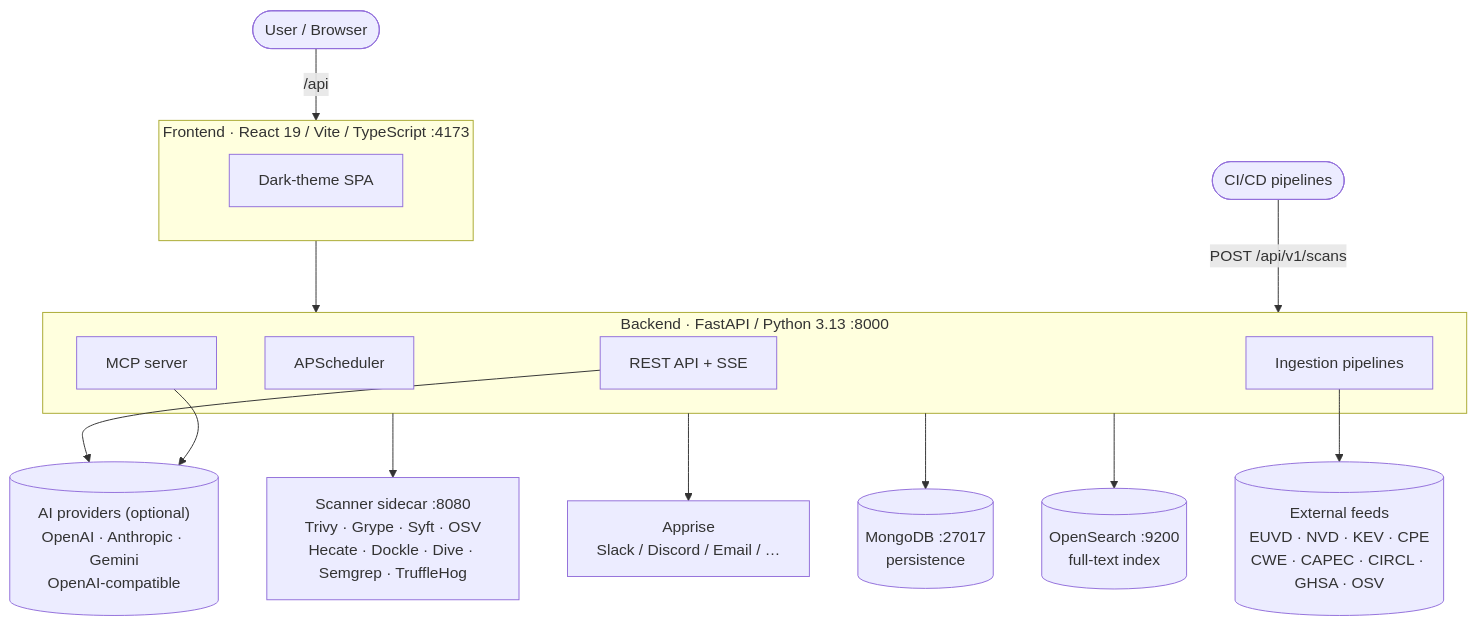
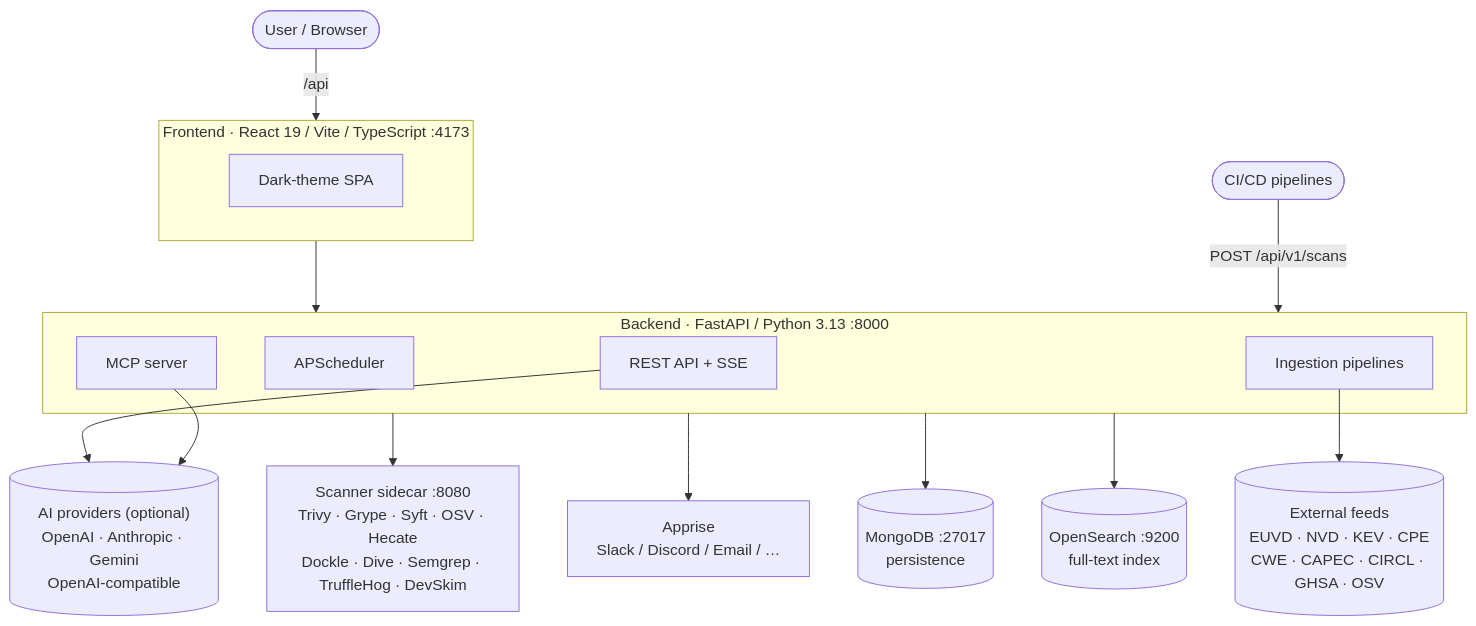
One commit to 0x3e4/hecate changed the diagram in README.md. Above: the diagram before and after it, drawn with Mermaid. The commit also changed other lines of this file and 6 other files, not shown here.

````diff
--- a/README.md
+++ b/README.md
@@ -95,36 +95,36 @@
 ```mermaid
 flowchart TB
     User([User / Browser])
     CICD([CI/CD pipelines])
 
     subgraph Frontend["Frontend · React 19 / Vite / TypeScript :4173"]
         SPA[Dark-theme SPA]
     end
 
     subgraph Backend["Backend · FastAPI / Python 3.13 :8000"]
         API[REST API + SSE]
         Scheduler[APScheduler]
         Pipelines[Ingestion pipelines]
         MCP[MCP server]
     end
 
-    Scanner["Scanner sidecar :8080<br/>Trivy · Grype · Syft · OSV<br/>Hecate · Dockle · Dive · Semgrep · TruffleHog"]
+    Scanner["Scanner sidecar :8080<br/>Trivy · Grype · Syft · OSV · Hecate<br/>Dockle · Dive · Semgrep · TruffleHog · DevSkim"]
     Apprise["Apprise<br/>Slack / Discord / Email / …"]
 
     Mongo[("MongoDB :27017<br/>persistence")]
     OS[("OpenSearch :9200<br/>full-text index")]
 
     Feeds[("External feeds<br/>EUVD · NVD · KEV · CPE<br/>CWE · CAPEC · CIRCL · GHSA · OSV")]
     AI[("AI providers (optional)<br/>OpenAI · Anthropic · Gemini<br/>OpenAI-compatible")]
 
     User -->|/api| Frontend
     Frontend --> Backend
     CICD -->|POST /api/v1/scans| Backend
     Backend --> Scanner
     Backend --> Apprise
     Backend --> Mongo
     Backend --> OS
     Pipelines --> Feeds
     API --> AI
     MCP --> AI
 ```
````
